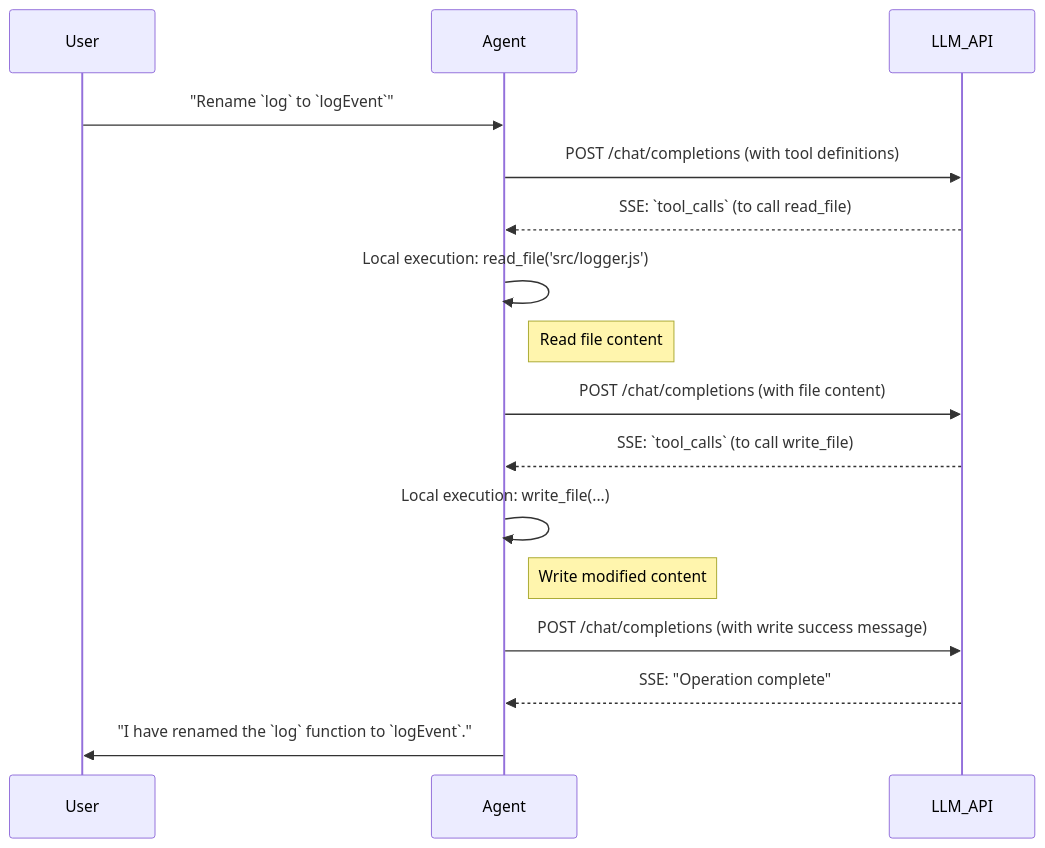
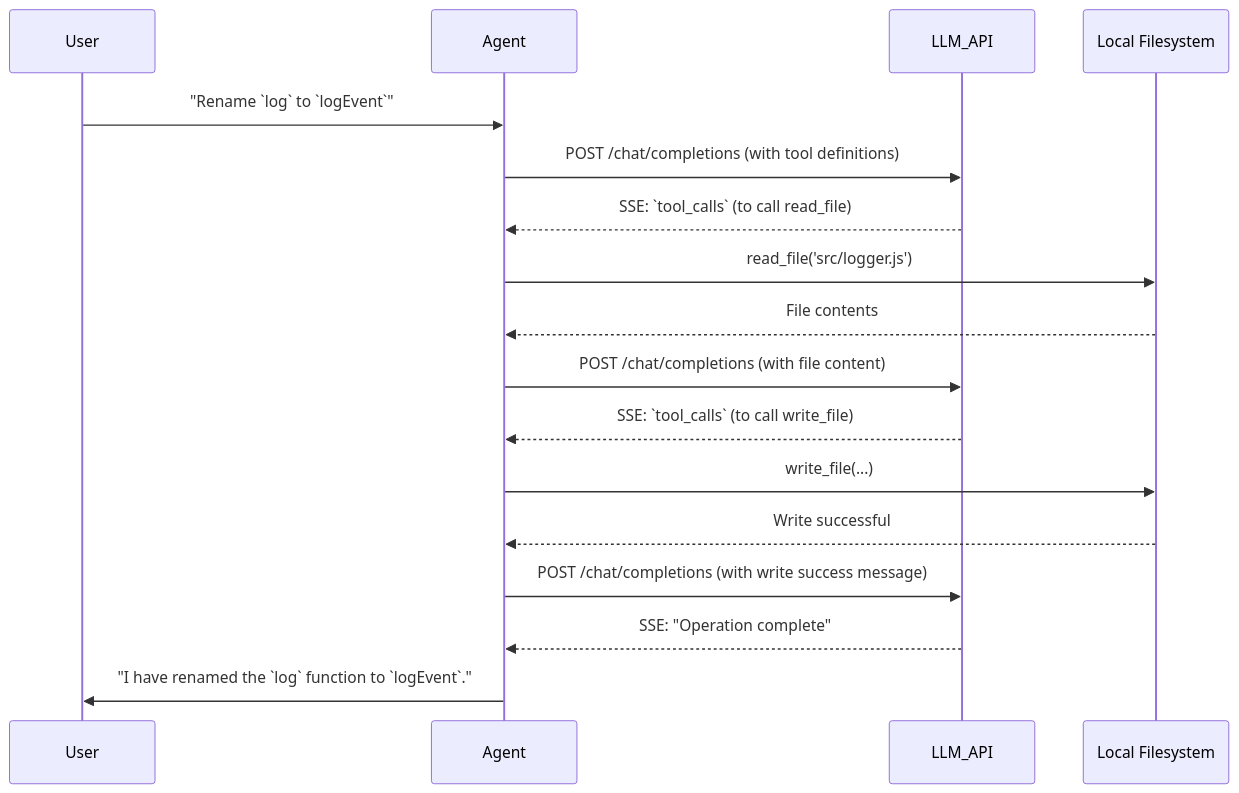
The diagram in docs/en/guide/built-in-tools.md (cuipengfei/adopt-agentic), drawn with Mermaid before and after one commit. The commit also changed 37 other files, not shown here.

`````diff
--- a/docs/en/guide/built-in-tools.md
+++ b/docs/en/guide/built-in-tools.md
@@ -123,19 +123,20 @@
 ````mermaid
 sequenceDiagram
     participant User
     participant Agent
     participant LLM_API
+    participant FS as Local Filesystem
 
     User->>Agent: "Rename `log` to `logEvent`"
     Agent->>LLM_API: POST /chat/completions (with tool definitions)
     LLM_API-->>Agent: SSE: `tool_calls` (to call read_file)
-    Agent->>Agent: Local execution: read_file('src/logger.js')
-    Note right of Agent: Read file content
+    Agent->>FS: read_file('src/logger.js')
+    FS-->>Agent: File contents
     Agent->>LLM_API: POST /chat/completions (with file content)
     LLM_API-->>Agent: SSE: `tool_calls` (to call write_file)
-    Agent->>Agent: Local execution: write_file(...)
-    Note right of Agent: Write modified content
+    Agent->>FS: write_file(...)
+    FS-->>Agent: Write successful
     Agent->>LLM_API: POST /chat/completions (with write success message)
     LLM_API-->>Agent: SSE: "Operation complete"
     Agent->>User: "I have renamed the `log` function to `logEvent`."
 ````
`````
